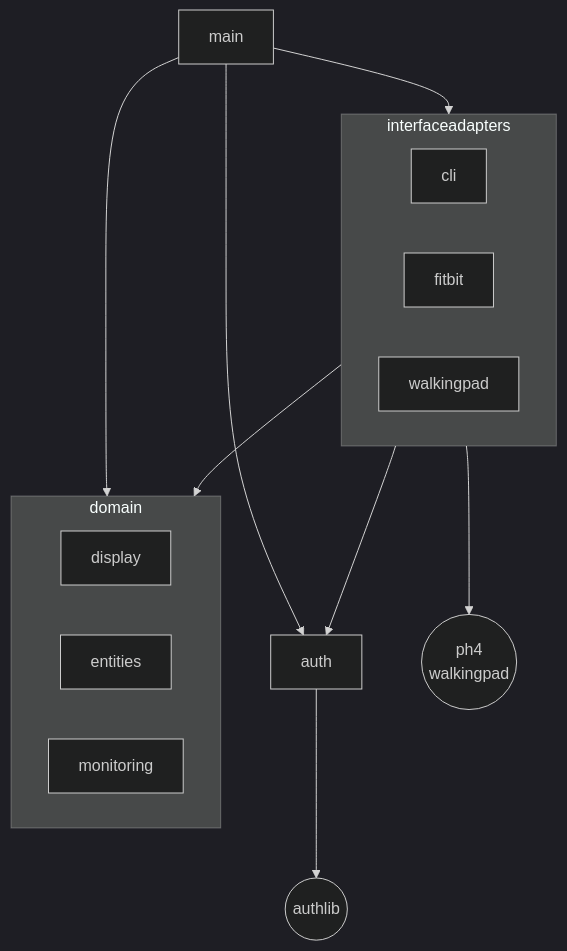
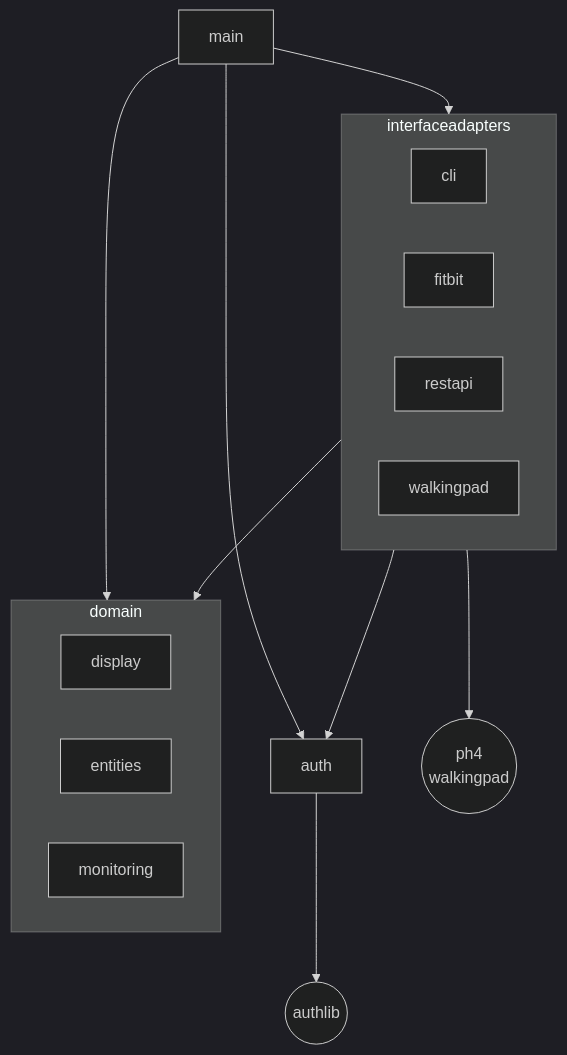
One commit to caarmen/walkingpad-fitbit changed the second of 3 diagrams in docs/architecture.md. Above: the diagram before and after it, drawn with Mermaid (dark theme). The commit also changed other lines of this file, not shown here.

Commit message:
Update the architecture doc to include the restapi package.

````diff
--- a/docs/architecture.md
+++ b/docs/architecture.md
@@ -27,28 +27,29 @@
 ```mermaid
 flowchart TD
     main
     auth
     subgraph domain
         display
         entities
         monitoring
     end
     subgraph interfaceadapters
         cli
         fitbit
+        restapi
         walkingpad
     end
 
     authlib(("authlib"))
     ph4_walkingpad(("ph4<br>walkingpad"))
 
     main --> auth
     main --> domain
     main --> interfaceadapters
 
     interfaceadapters --> domain
     interfaceadapters --> auth
 
     interfaceadapters --> ph4_walkingpad
     auth --> authlib
 ```
````
